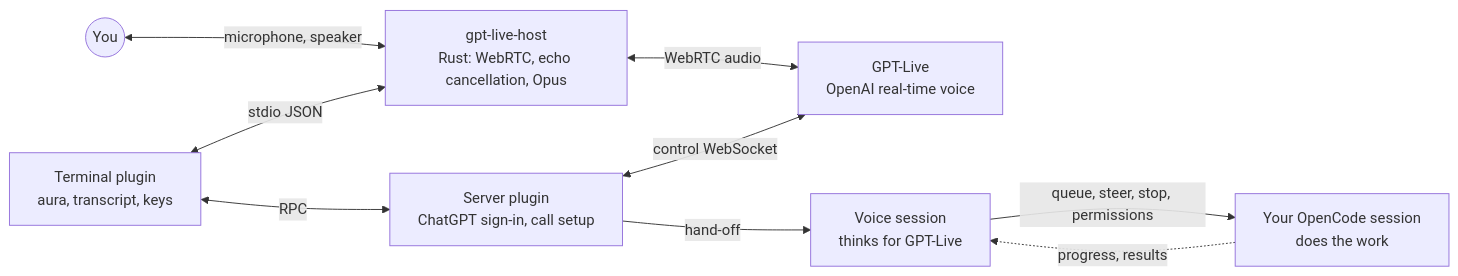
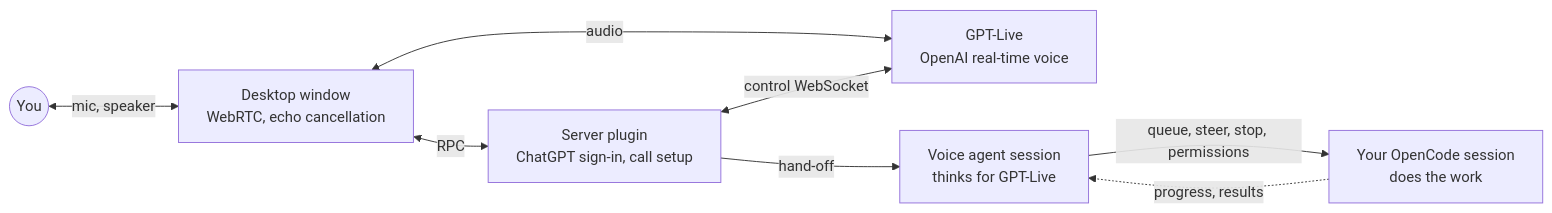
One commit to devagrawal09/opencode-live changed the diagram in README.md. Above: the diagram before and after it, drawn with Mermaid. The commit also changed other lines of this file and 16 other files, not shown here.

First line of the commit message:
docs: README, architecture and contributor docs for opencode-live

````diff
--- a/README.md
+++ b/README.md
@@ -225,11 +150,10 @@
 ```mermaid
 flowchart LR
-  you((You)) <-->|microphone, speaker| host["gpt-live-host<br/>Rust: WebRTC, echo cancellation, Opus"]
-  host <-->|WebRTC audio| live["GPT-Live<br/>OpenAI real-time voice"]
-  tui["Terminal plugin<br/>aura, transcript, keys"] <-->|stdio JSON| host
-  tui <-->|RPC| server["Server plugin<br/>ChatGPT sign-in, call setup"]
+  you((You)) <-->|mic, speaker| window["Desktop window<br/>WebRTC, echo cancellation"]
+  window <-->|audio| live["GPT-Live<br/>OpenAI real-time voice"]
+  window <-->|RPC| server["Server plugin<br/>ChatGPT sign-in, call setup"]
   server <-->|control WebSocket| live
-  server -->|hand-off| voice["Voice session<br/>thinks for GPT-Live"]
+  server -->|hand-off| voice["Voice agent session<br/>thinks for GPT-Live"]
   voice -->|queue, steer, stop, permissions| main["Your OpenCode session<br/>does the work"]
   main -.->|progress, results| voice
 ```
````
